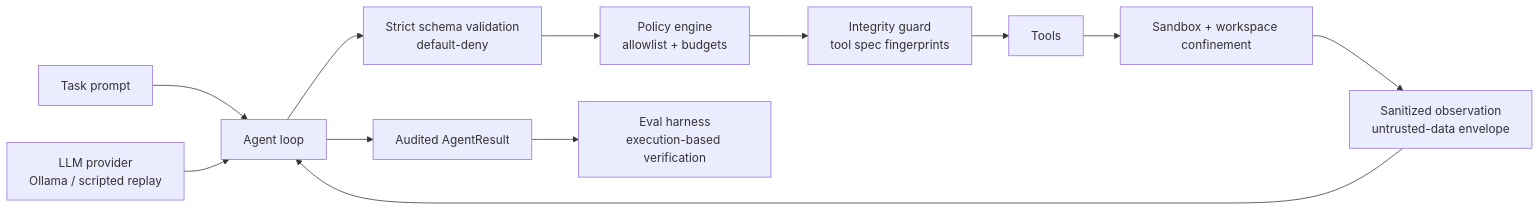
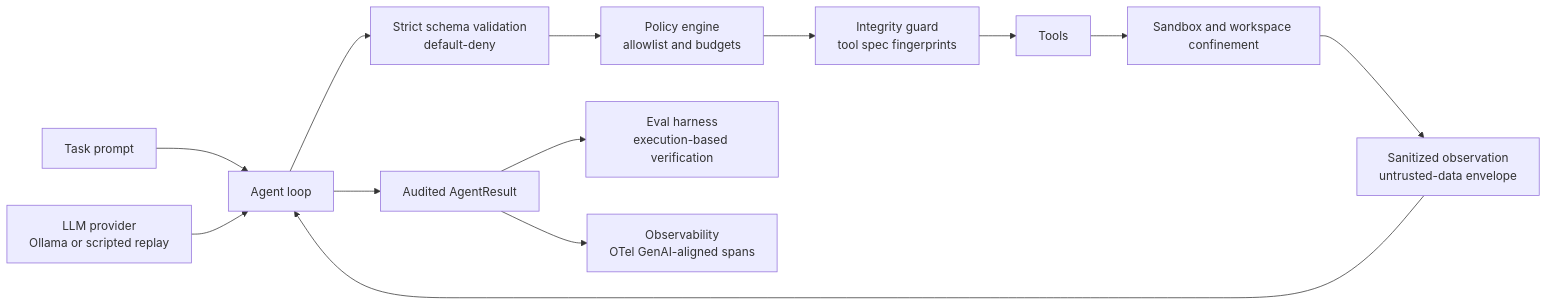
The diagram in README.md (Venomous-101/Praetor), drawn with Mermaid before and after one commit. The commit also changed other lines of this file, not shown here.

Commit message:
docs: global-standard README - observability, evaluation, security model, roadmap

````diff
--- a/README.md
+++ b/README.md
@@ -24,14 +26,15 @@
 ```mermaid
 flowchart LR
     T[Task prompt] --> A[Agent loop]
-    P[LLM provider<br/>Ollama / scripted replay] --> A
+    P[LLM provider<br/>Ollama or scripted replay] --> A
     A --> V[Strict schema validation<br/>default-deny]
-    V --> PL[Policy engine<br/>allowlist + budgets]
+    V --> PL[Policy engine<br/>allowlist and budgets]
     PL --> G[Integrity guard<br/>tool spec fingerprints]
     G --> TOOLS[Tools]
-    TOOLS --> SB[Sandbox + workspace confinement]
+    TOOLS --> SB[Sandbox and workspace confinement]
     SB --> OBS[Sanitized observation<br/>untrusted-data envelope]
     OBS --> A
     A --> R[Audited AgentResult]
     R --> E[Eval harness<br/>execution-based verification]
+    R --> O[Observability<br/>OTel GenAI-aligned spans]
 ```
````
